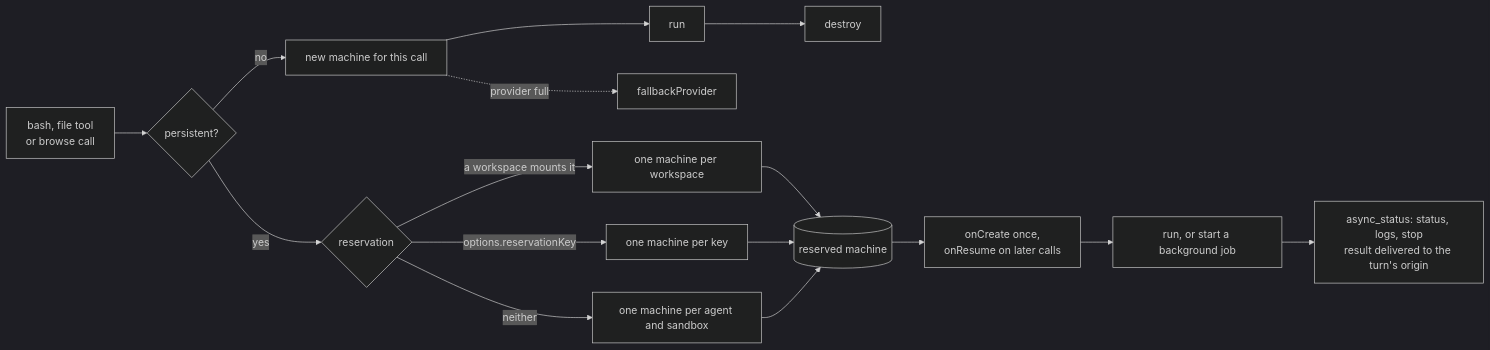
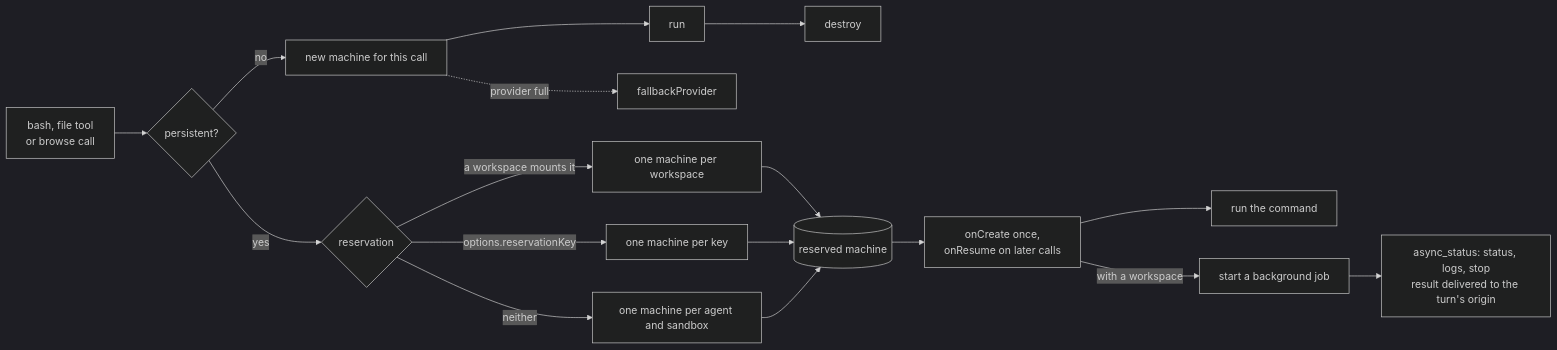
Before and after one commit to beeblastco/broods: the first of 2 diagrams in apps/docs/docs/guides/sandboxes/persistent.md, drawn with Mermaid (dark theme). The commit also changed other lines of this file and 2 other files, not shown here.

Commit message:
docs(sandboxes): fix diagram details from review
Background jobs only branch off a workspace run, maxLifetimeSeconds
shows on the next call, mount credentials refresh only on a later call,
and the MCP diagram shows onCreate and routes the reply through
mcp/sandbox.ts.

Claude-Session: https://claude.ai/code/session_01AnPpAmH9BBFbkDwi1YgEjF

````diff
--- a/apps/docs/docs/guides/sandboxes/persistent.md
+++ b/apps/docs/docs/guides/sandboxes/persistent.md
@@ -41,17 +41,18 @@
 ```mermaid
 flowchart LR
   T["bash, file tool<br/>or browse call"] --> P{persistent?}
   P -->|no| N[new machine for this call]
   N --> R1[run] --> X[destroy]
   N -.->|provider full| FB[fallbackProvider]
   P -->|yes| K{reservation}
   K -->|a workspace mounts it| K1[one machine per workspace]
   K -->|options.reservationKey| K3[one machine per key]
   K -->|neither| K2[one machine per agent and sandbox]
   K1 --> RES[(reserved machine)]
   K3 --> RES
   K2 --> RES
   RES --> OC["onCreate once,<br/>onResume on later calls"]
-  OC --> R2[run, or start a background job]
-  R2 --> AS["async_status: status, logs, stop<br/>result delivered to the turn's origin"]
+  OC --> R2[run the command]
+  OC -->|with a workspace| BG[start a background job]
+  BG --> AS["async_status: status, logs, stop<br/>result delivered to the turn's origin"]
 ```
````
